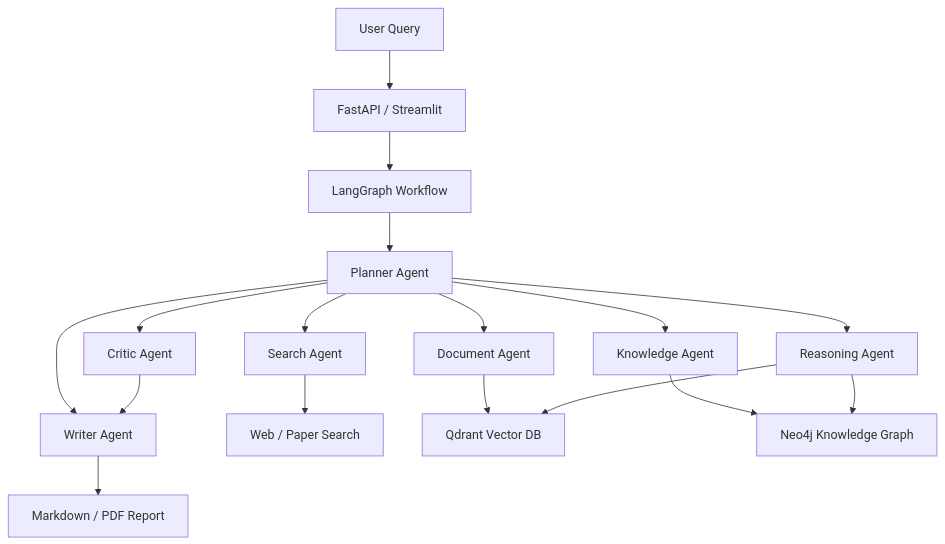
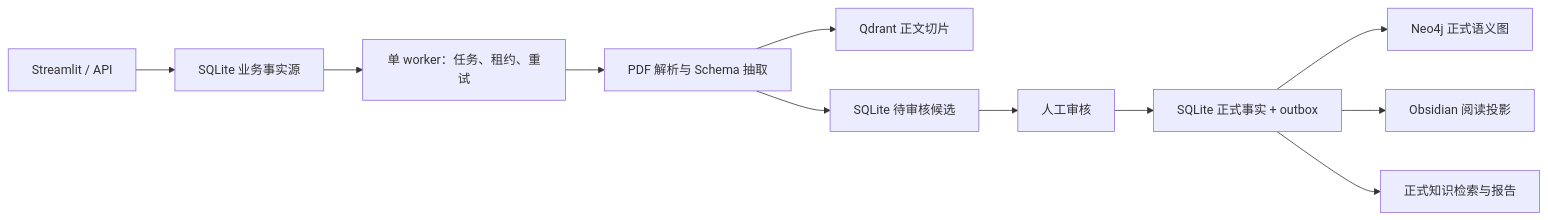
Before and after one commit to fanlingxi/AI-Research-Agent: the diagram in README.md, drawn with Mermaid. The commit also changed other lines of this file and 138 other files, not shown here.

````diff
--- a/README.md
+++ b/README.md
@@ -38,19 +19,13 @@
 ```mermaid
-flowchart TD
-    U["User Query"] --> UI["FastAPI / Streamlit"]
-    UI --> G["LangGraph Workflow"]
-    G --> P["Planner Agent"]
-    P --> S["Search Agent"]
-    P --> D["Document Agent"]
-    P --> K["Knowledge Agent"]
-    P --> R["Reasoning Agent"]
-    P --> W["Writer Agent"]
-    P --> C["Critic Agent"]
-    S --> WEB["Web / Paper Search"]
-    D --> VDB["Qdrant Vector DB"]
-    K --> KG["Neo4j Knowledge Graph"]
-    R --> VDB
-    R --> KG
-    W --> REPORT["Markdown / PDF Report"]
-    C --> W
+flowchart LR
+    UI["Streamlit / API"] --> SQLite["SQLite 业务事实源"]
+    SQLite --> Worker["单 worker：任务、租约、重试"]
+    Worker --> PDF["PDF 解析与 Schema 抽取"]
+    PDF --> Qdrant["Qdrant 正文切片"]
+    PDF --> Draft["SQLite 待审核候选"]
+    Draft --> Review["人工审核"]
+    Review --> Facts["SQLite 正式事实 + outbox"]
+    Facts --> Neo4j["Neo4j 正式语义图"]
+    Facts --> Obsidian["Obsidian 阅读投影"]
+    Facts --> Report["正式知识检索与报告"]
 ```
````
